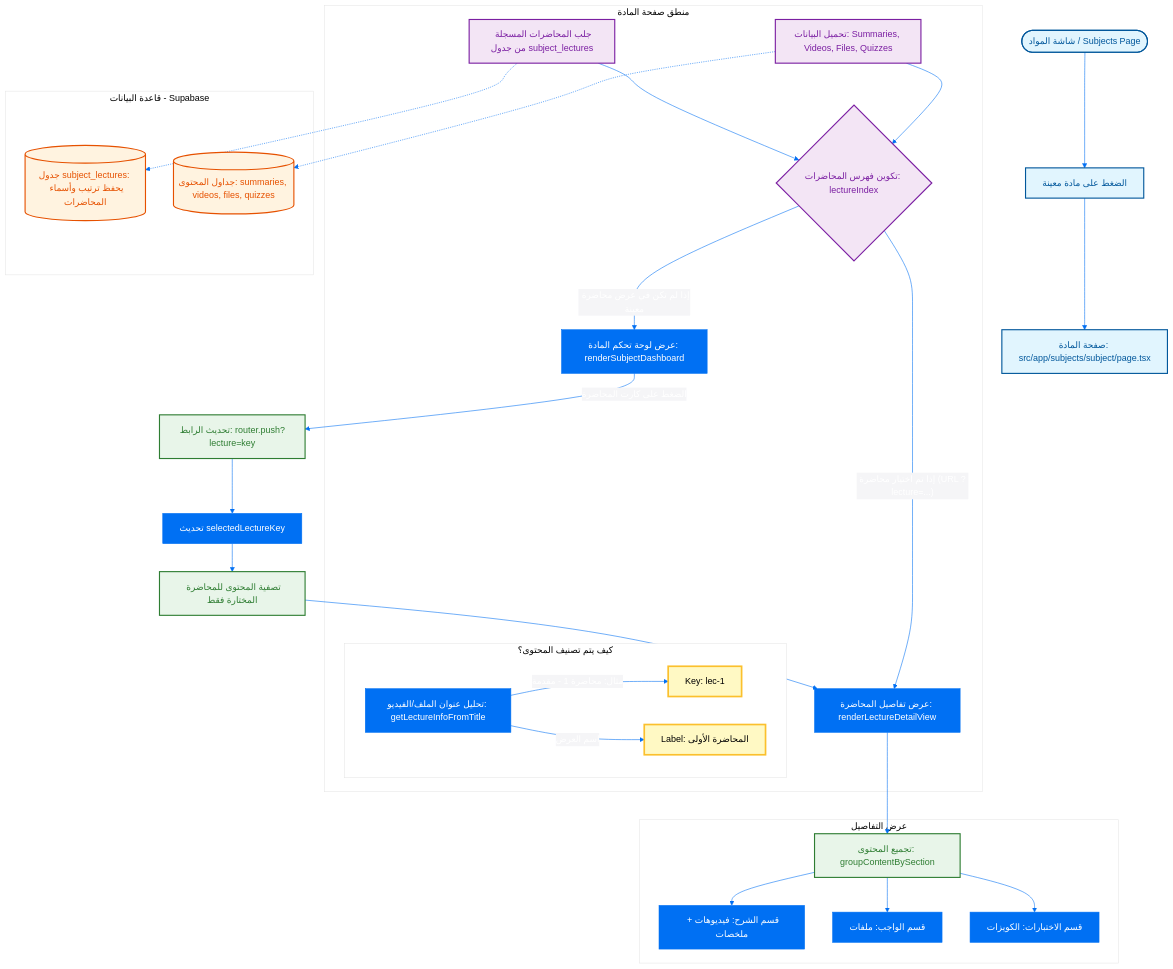
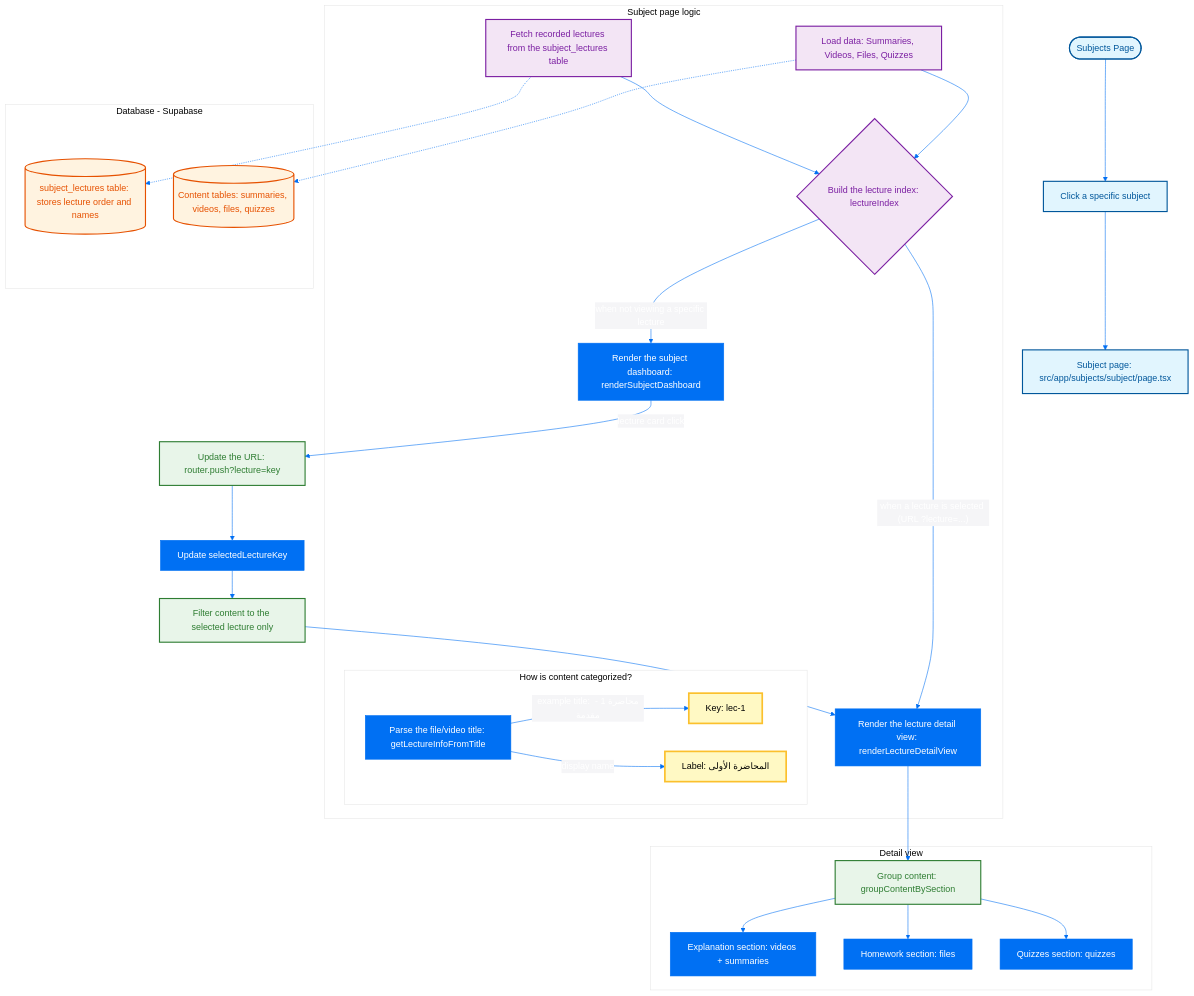
The diagram in docs/diagrams/lecture_flow.mmd (fotedev/Masar-x-next), drawn with Mermaid before and after one commit. The commit also changed 15 other files, not shown here.

```diff
--- a/docs/diagrams/lecture_flow.mmd
+++ b/docs/diagrams/lecture_flow.mmd
@@ -1,67 +1,67 @@
 graph TD
     %% Global Styles & Theme
     accTitle: Lecture Flow Diagram
     accDescr: A diagram explaining how lectures are handled and displayed in the application.
 
     %% Theme Configuration
     %%{init: {'theme': 'base', 'themeVariables': { 'primaryColor': '#0070f3', 'primaryTextColor': '#fff', 'primaryBorderColor': '#0070f3', 'lineColor': '#0070f3', 'secondaryColor': '#f5f5f7', 'tertiaryColor': '#fff' }}}%%
 
     classDef primary fill:#e1f5fe,stroke:#01579b,stroke-width:2px,color:#01579b;
     classDef secondary fill:#f3e5f5,stroke:#7b1fa2,stroke-width:2px,color:#7b1fa2;
     classDef database fill:#fff3e0,stroke:#e65100,stroke-width:2px,color:#e65100;
     classDef action fill:#e8f5e9,stroke:#2e7d32,stroke-width:2px,color:#2e7d32;
     classDef highlight fill:#fff9c4,stroke:#fbc02d,stroke-width:3px,color:#000;
 
     %% Entry Points
-    Start([شاشة المواد / Subjects Page]) --> ClickSubject[الضغط على مادة معينة]
-    ClickSubject --> SubjectPage[صفحة المادة: src/app/subjects/subject/page.tsx]
+    Start([Subjects Page]) --> ClickSubject[Click a specific subject]
+    ClickSubject --> SubjectPage[Subject page: src/app/subjects/subject/page.tsx]
 
     %% Main Logic in Subject Page
-    subgraph Subject_Page_Logic [منطق صفحة المادة]
-        LoadData[تحميل البيانات: Summaries, Videos, Files, Quizzes]
-        FetchLectures[جلب المحاضرات المسجلة من جدول subject_lectures]
-        
-        LectureIndex{تكوين فهرس المحاضرات: lectureIndex}
+    subgraph Subject_Page_Logic [Subject page logic]
+        LoadData[Load data: Summaries, Videos, Files, Quizzes]
+        FetchLectures[Fetch recorded lectures from the subject_lectures table]
+
+        LectureIndex{Build the lecture index: lectureIndex}
         LoadData --> LectureIndex
         FetchLectures --> LectureIndex
-        
+
         %% Categorization Logic
-        subgraph Categorization [كيف يتم تصنيف المحتوى؟]
-            TitleParsing[تحليل عنوان الملف/الفيديو: getLectureInfoFromTitle]
-            TitleParsing --> |"مثال: محاضرة 1 - مقدمة"| Key[Key: lec-1]
-            TitleParsing --> |"اسم العرض"| Label[Label: المحاضرة الأولى]
+        subgraph Categorization [How is content categorized?]
+            TitleParsing[Parse the file/video title: getLectureInfoFromTitle]
+            TitleParsing --> |"example title: محاضرة 1 - مقدمة"| Key[Key: lec-1]
+            TitleParsing --> |"display name"| Label[Label: المحاضرة الأولى]
         end
-        
-        LectureIndex --> |"إذا لم تكن في عرض محاضرة معينة"| RenderDashboard[عرض لوحة تحكم المادة: renderSubjectDashboard]
-        LectureIndex --> |"إذا تم اختيار محاضرة (URL ?lecture=...)"| RenderDetail[عرض تفاصيل المحاضرة: renderLectureDetailView]
+
+        LectureIndex --> |"when not viewing a specific lecture"| RenderDashboard[Render the subject dashboard: renderSubjectDashboard]
+        LectureIndex --> |"when a lecture is selected (URL ?lecture=...)"| RenderDetail[Render the lecture detail view: renderLectureDetailView]
     end
 
     %% Interaction Flow
-    RenderDashboard --> |"الضغط على كارت المحاضرة"| UpdateURL[تحديث الرابط: router.push?lecture=key]
-    UpdateURL --> SelectedKey[تحديث selectedLectureKey]
-    SelectedKey --> FilterContent[تصفية المحتوى للمحاضرة المختارة فقط]
+    RenderDashboard --> |"lecture card click"| UpdateURL[Update the URL: router.push?lecture=key]
+    UpdateURL --> SelectedKey[Update selectedLectureKey]
+    SelectedKey --> FilterContent[Filter content to the selected lecture only]
     FilterContent --> RenderDetail
 
     %% Content Grouping in Detail View
-    subgraph Detail_View [عرض التفاصيل]
-        RenderDetail --> GroupContent[تجميع المحتوى: groupContentBySection]
-        GroupContent --> Explanation[قسم الشرح: فيديوهات + ملخصات]
-        GroupContent --> Homework[قسم الواجب: ملفات]
-        GroupContent --> Exams[قسم الاختبارات: الكويزات]
+    subgraph Detail_View [Detail view]
+        RenderDetail --> GroupContent[Group content: groupContentBySection]
+        GroupContent --> Explanation[Explanation section: videos + summaries]
+        GroupContent --> Homework[Homework section: files]
+        GroupContent --> Exams[Quizzes section: quizzes]
     end
 
     %% Database
-    subgraph Database [قاعدة البيانات - Supabase]
-        DB_Lectures[(جدول subject_lectures: يحفظ ترتيب وأسماء المحاضرات)]
-        DB_Content[(جداول المحتوى: summaries, videos, files, quizzes)]
+    subgraph Database [Database - Supabase]
+        DB_Lectures[(subject_lectures table: stores lecture order and names)]
+        DB_Content[(Content tables: summaries, videos, files, quizzes)]
     end
 
     FetchLectures -.-> DB_Lectures
     LoadData -.-> DB_Content
 
     %% Styling
     class Start,ClickSubject,SubjectPage primary;
     class LoadData,FetchLectures,LectureIndex secondary;
     class DB_Lectures,DB_Content database;
     class UpdateURL,FilterContent,GroupContent action;
     class Key,Label highlight;
```
